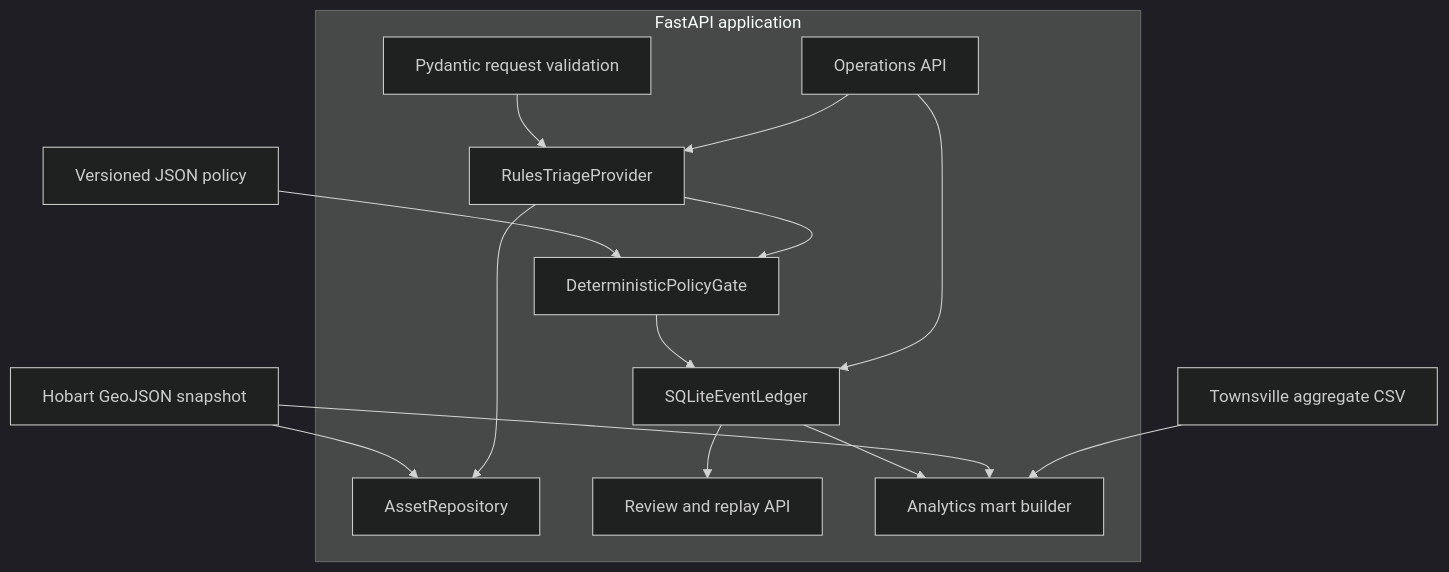
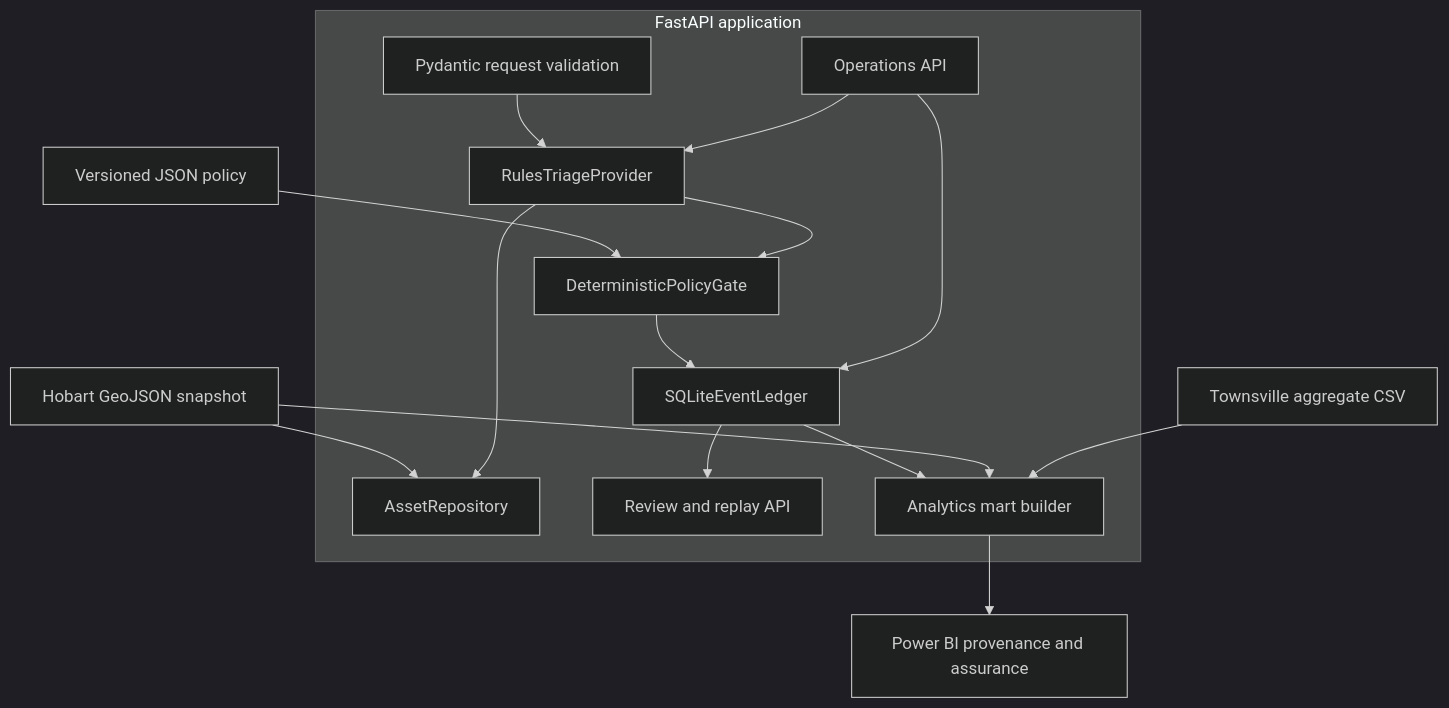
Before and after one commit to Zeeekrom/rivulet-localops: the first of 2 diagrams in docs/TECHNICAL_ARCHITECTURE.md, drawn with Mermaid (dark theme). The commit also changed other lines of this file and 75 other files, not shown here.

Commit message:
release: publish v0.5.0 Power BI assurance slice

````diff
--- a/docs/TECHNICAL_ARCHITECTURE.md
+++ b/docs/TECHNICAL_ARCHITECTURE.md
@@ -17,26 +18,29 @@
 ```mermaid
 flowchart TB
     subgraph API[FastAPI application]
         V[Pydantic request validation]
         T[RulesTriageProvider]
         A[AssetRepository]
         G[DeterministicPolicyGate]
         E[SQLiteEventLedger]
-        R[Review and replay API]
+    R[Review and replay API]
     O[Operations API]
     M[Analytics mart builder]
     end
+
+    P[Power BI provenance and assurance]
 
     J[Versioned JSON policy] --> G
     H[Hobart GeoJSON snapshot] --> A
     V --> T
     T --> A
     T --> G
     G --> E
     E --> R
     O --> E
     O --> T
     E --> M
     H --> M
     X[Townsville aggregate CSV] --> M
+    M --> P
 ```
````
